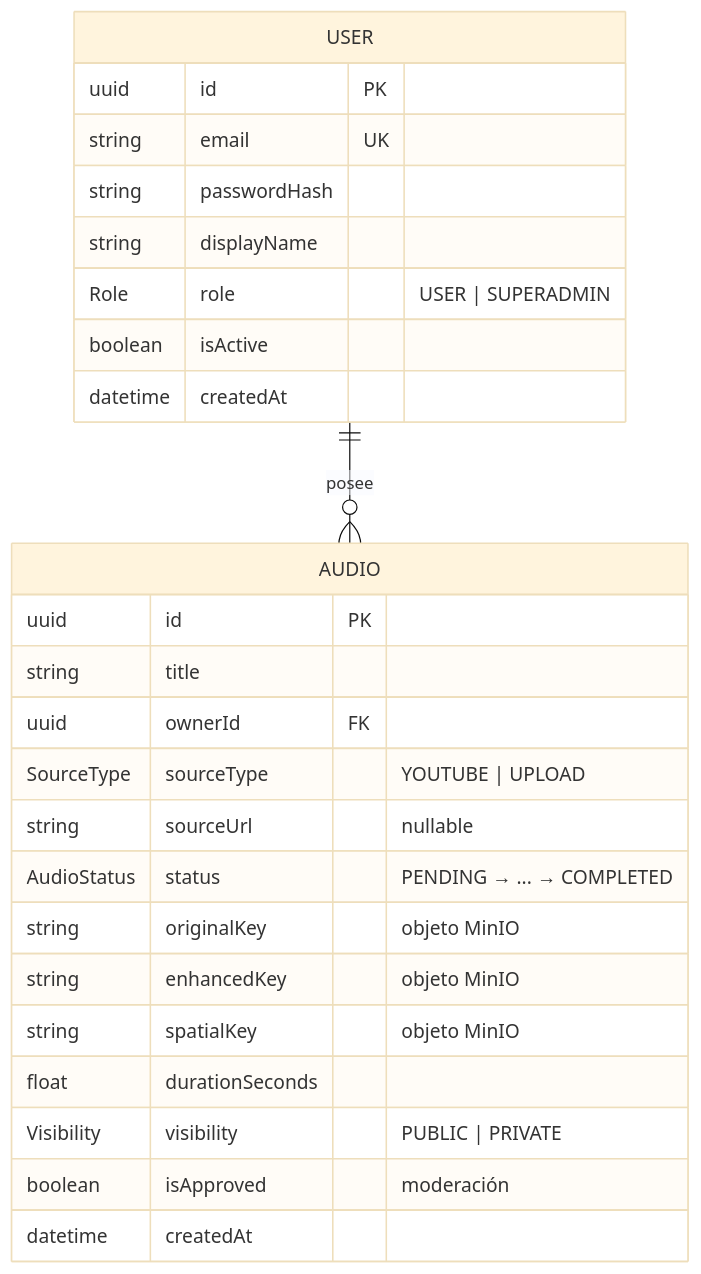
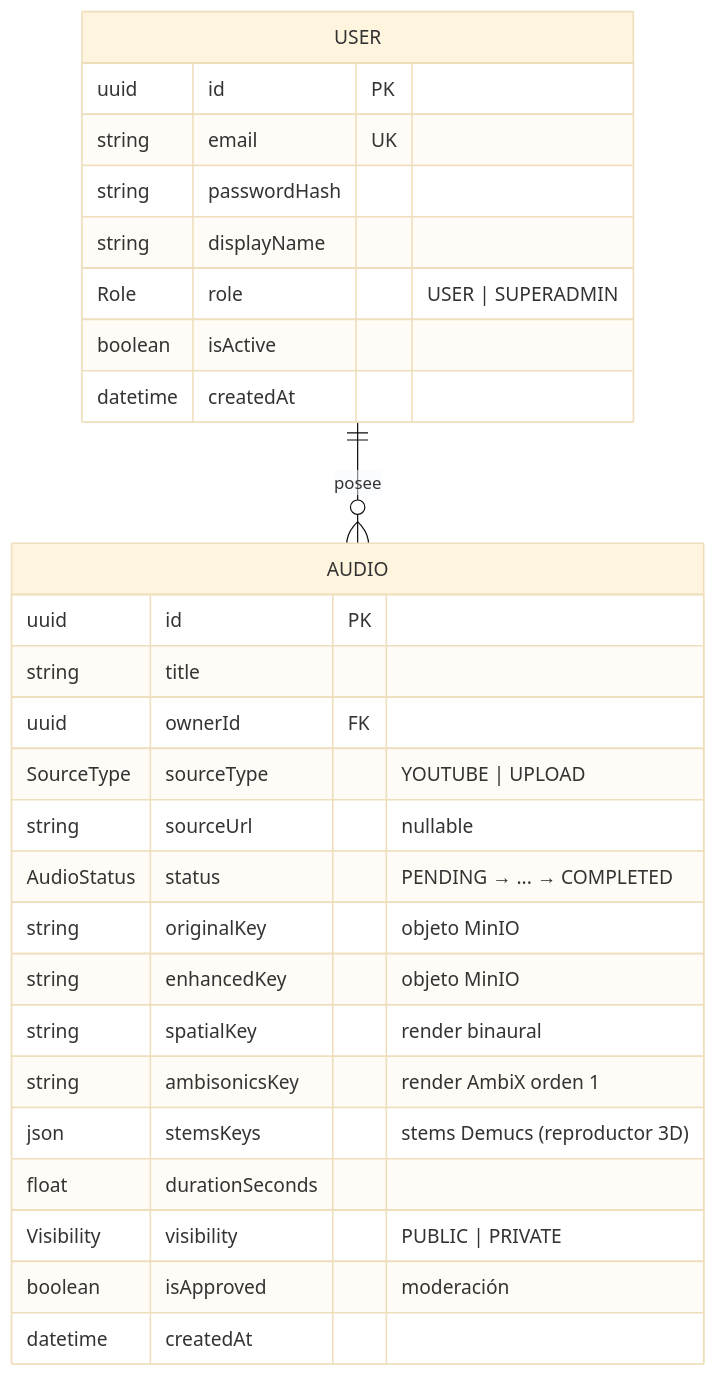
One commit to EmmiSiu/rommag_studio changed the fifth of 6 diagrams in README.MD. Above: the diagram before and after it, drawn with Mermaid (base theme). The commit also changed 49 other files, not shown here.

````diff
--- a/README.MD
+++ b/README.MD
@@ -202,30 +202,32 @@
 ```mermaid
 erDiagram
     USER ||--o{ AUDIO : "posee"
 
     USER {
         uuid id PK
         string email UK
         string passwordHash
         string displayName
         Role role "USER | SUPERADMIN"
         boolean isActive
         datetime createdAt
     }
 
     AUDIO {
         uuid id PK
         string title
         uuid ownerId FK
         SourceType sourceType "YOUTUBE | UPLOAD"
         string sourceUrl "nullable"
         AudioStatus status "PENDING → ... → COMPLETED"
         string originalKey "objeto MinIO"
         string enhancedKey "objeto MinIO"
-        string spatialKey "objeto MinIO"
+        string spatialKey "render binaural"
+        string ambisonicsKey "render AmbiX orden 1"
+        json stemsKeys "stems Demucs (reproductor 3D)"
         float durationSeconds
         Visibility visibility "PUBLIC | PRIVATE"
         boolean isApproved "moderación"
         datetime createdAt
     }
 ```
````
